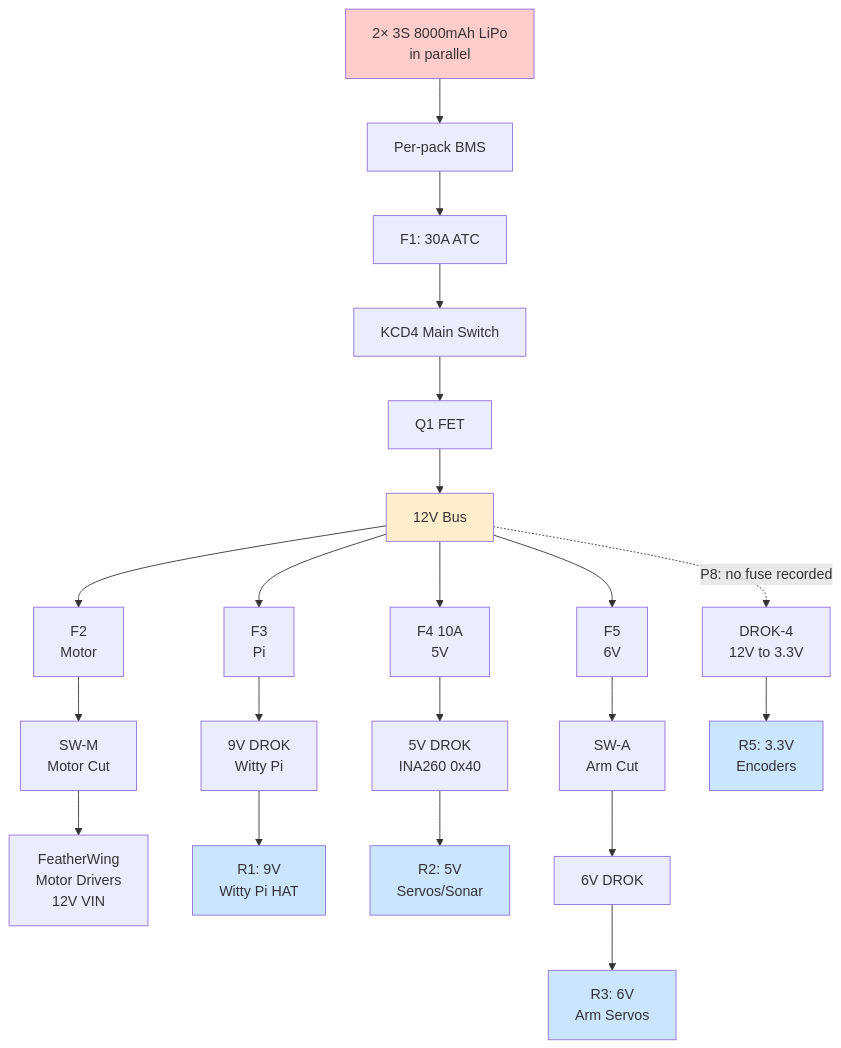
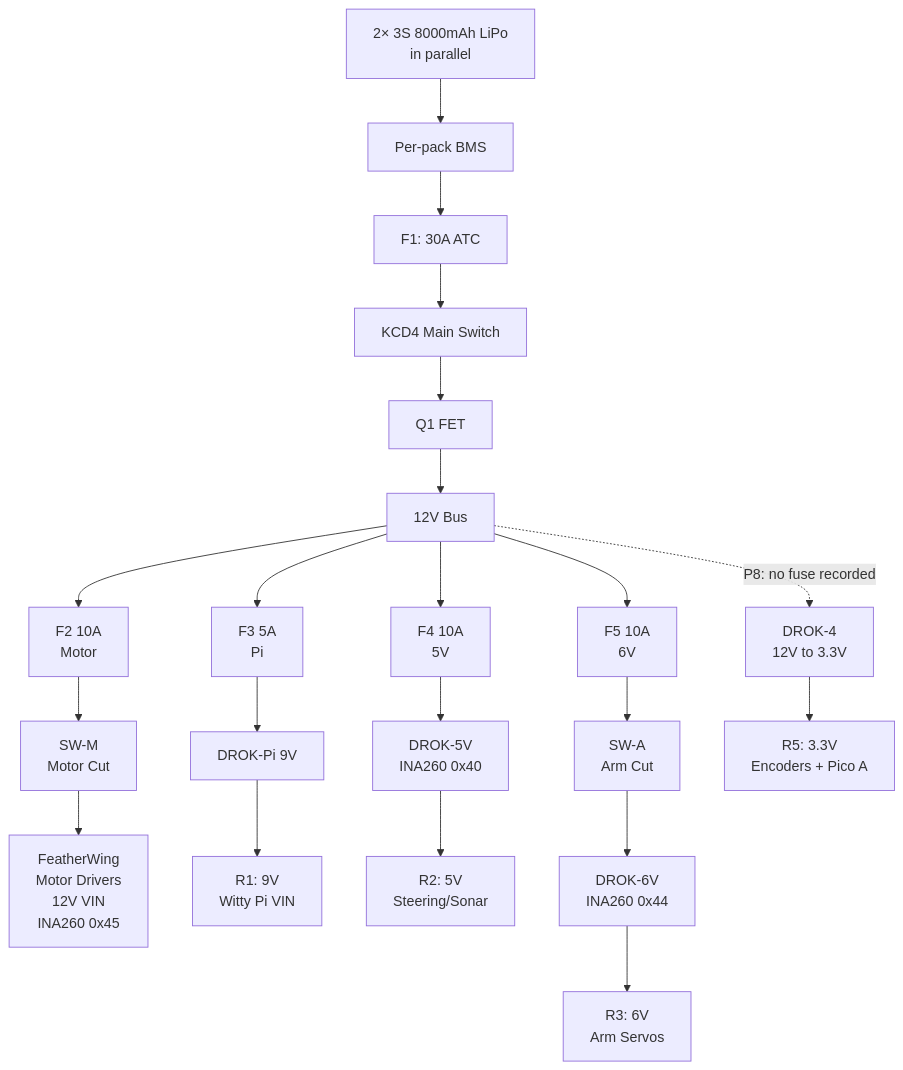
Before and after one commit to hdhimmel/willy-rover: the first of 2 diagrams in docs/WildWilly_Master_Hardware_Design_v2.0.md, drawn with Mermaid. The commit also changed other lines of this file and 1 other file, not shown here.

````diff
--- a/docs/WildWilly_Master_Hardware_Design_v2.0.md
+++ b/docs/WildWilly_Master_Hardware_Design_v2.0.md
@@ -395,64 +212,30 @@
 ```mermaid
 graph TD
     BAT["2× 3S 8000mAh LiPo<br/>in parallel"]
     BMS["Per-pack BMS"]
     F1["F1: 30A ATC"]
     KCD4["KCD4 Main Switch"]
     Q1["Q1 FET"]
     BUS["12V Bus"]
-    
-    F2["F2<br/>Motor"]
-    F3["F3<br/>Pi"]
+    F2["F2 10A<br/>Motor"]
+    F3["F3 5A<br/>Pi"]
     F4["F4 10A<br/>5V"]
-    F5["F5<br/>6V"]
-    
+    F5["F5 10A<br/>6V"]
     SW_M["SW-M<br/>Motor Cut"]
-    FW_MOTOR["FeatherWing<br/>Motor Drivers<br/>12V VIN"]
-    
-    PI_BUCK["9V DROK<br/>Witty Pi"]
-    R1["R1: 9V<br/>Witty Pi HAT"]
-    
-    DROK5["5V DROK<br/>INA260 0x40"]
-    R2["R2: 5V<br/>Servos/Sonar"]
-    
+    FW_MOTOR["FeatherWing<br/>Motor Drivers<br/>12V VIN<br/>INA260 0x45"]
+    PI_BUCK["DROK-Pi 9V"]
+    R1["R1: 9V<br/>Witty Pi VIN"]
+    DROK5["DROK-5V<br/>INA260 0x40"]
+    R2["R2: 5V<br/>Steering/Sonar"]
     SW_A["SW-A<br/>Arm Cut"]
-    DROK6["6V DROK"]
+    DROK6["DROK-6V<br/>INA260 0x44"]
     R3["R3: 6V<br/>Arm Servos"]
-    
-    DROK3["DROK-4<br/>12V to 3.3V"]
-    R5["R5: 3.3V<br/>Encoders"]
-    
-    BAT --> BMS
-    BMS --> F1
-    F1 --> KCD4
-    KCD4 --> Q1
-    Q1 --> BUS
-    
-    BUS --> F2
-    BUS --> F3
-    BUS --> F4
-    BUS --> F5
-    
-    F2 --> SW_M
-    SW_M --> FW_MOTOR
-    
-    F3 --> PI_BUCK
-    PI_BUCK --> R1
-    
-    F4 --> DROK5
-    DROK5 --> R2
-    
-    F5 --> SW_A
-    SW_A --> DROK6
-    DROK6 --> R3
-    
-    BUS -.->|P8: no fuse recorded| DROK3
-    DROK3 --> R5
-    
-    style BAT fill:#ffcccc
-    style BUS fill:#ffeecc
-    style R1 fill:#cce5ff
-    style R2 fill:#cce5ff
-    style R3 fill:#cce5ff
-    style R5 fill:#cce5ff
+    DROK4["DROK-4<br/>12V to 3.3V"]
+    R5["R5: 3.3V<br/>Encoders + Pico A"]
+    BAT --> BMS --> F1 --> KCD4 --> Q1 --> BUS
+    BUS --> F2 --> SW_M --> FW_MOTOR
+    BUS --> F3 --> PI_BUCK --> R1
+    BUS --> F4 --> DROK5 --> R2
+    BUS --> F5 --> SW_A --> DROK6 --> R3
+    BUS -.->|P8: no fuse recorded| DROK4 --> R5
 ```
````
